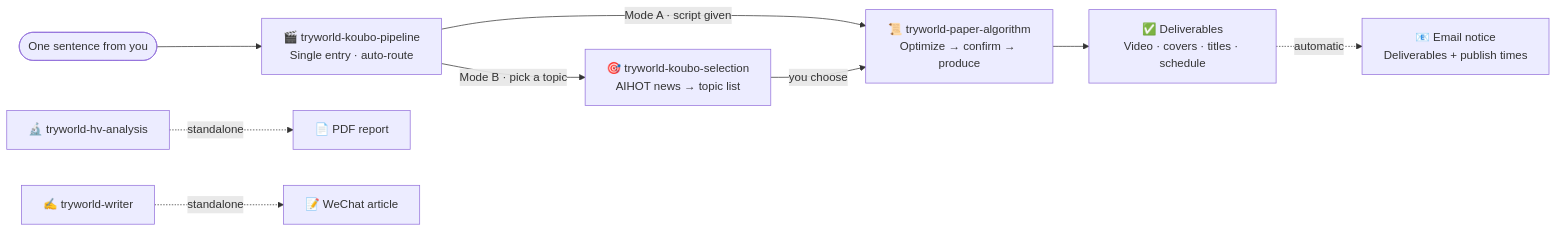
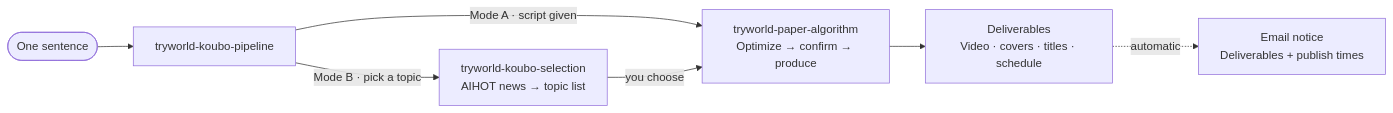
The diagram in README.md (TryWorld2026/paper-algorithm), drawn with Mermaid before and after one commit. The commit also changed other lines of this file and 3 other files, not shown here.

````diff
--- a/README.md
+++ b/README.md
@@ -37,11 +25,9 @@
 ```mermaid
 flowchart LR
-    U(["One sentence from you"]) --> P["🎬 tryworld-koubo-pipeline<br/>Single entry · auto-route"]
-    P -- "Mode A · script given" --> A["📜 tryworld-paper-algorithm<br/>Optimize → confirm → produce"]
-    P -- "Mode B · pick a topic" --> S["🎯 tryworld-koubo-selection<br/>AIHOT news → topic list"]
+    U(["One sentence"]) --> P["tryworld-koubo-pipeline"]
+    P -- "Mode A · script given" --> A["tryworld-paper-algorithm<br/>Optimize → confirm → produce"]
+    P -- "Mode B · pick a topic" --> S["tryworld-koubo-selection<br/>AIHOT news → topic list"]
     S -- "you choose" --> A
-    A --> O["✅ Deliverables<br/>Video · covers · titles · schedule"]
-    O -. "automatic" .-> M["📧 Email notice<br/>Deliverables + publish times"]
-    H["🔬 tryworld-hv-analysis"] -. "standalone" .-> R["📄 PDF report"]
-    W["✍️ tryworld-writer"] -. "standalone" .-> C["📝 WeChat article"]
+    A --> O["Deliverables<br/>Video · covers · titles · schedule"]
+    O -. "automatic" .-> M["Email notice<br/>Deliverables + publish times"]
 ```
````
